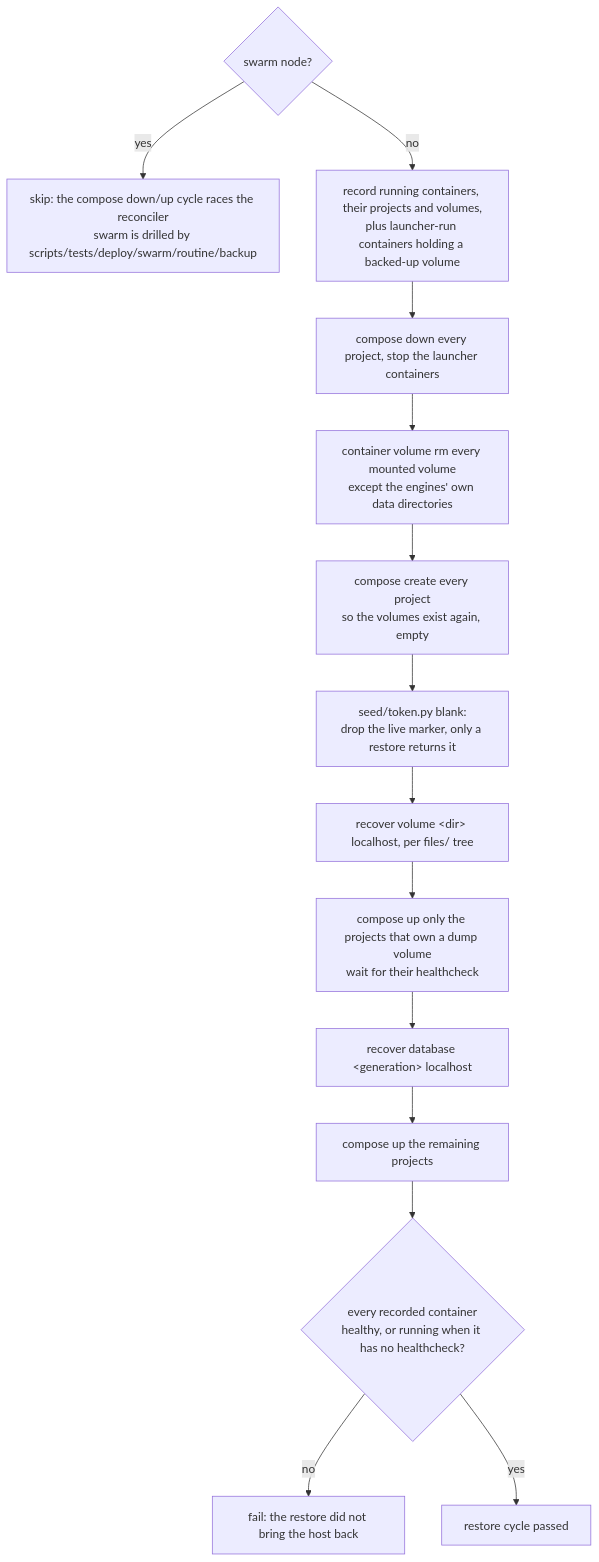
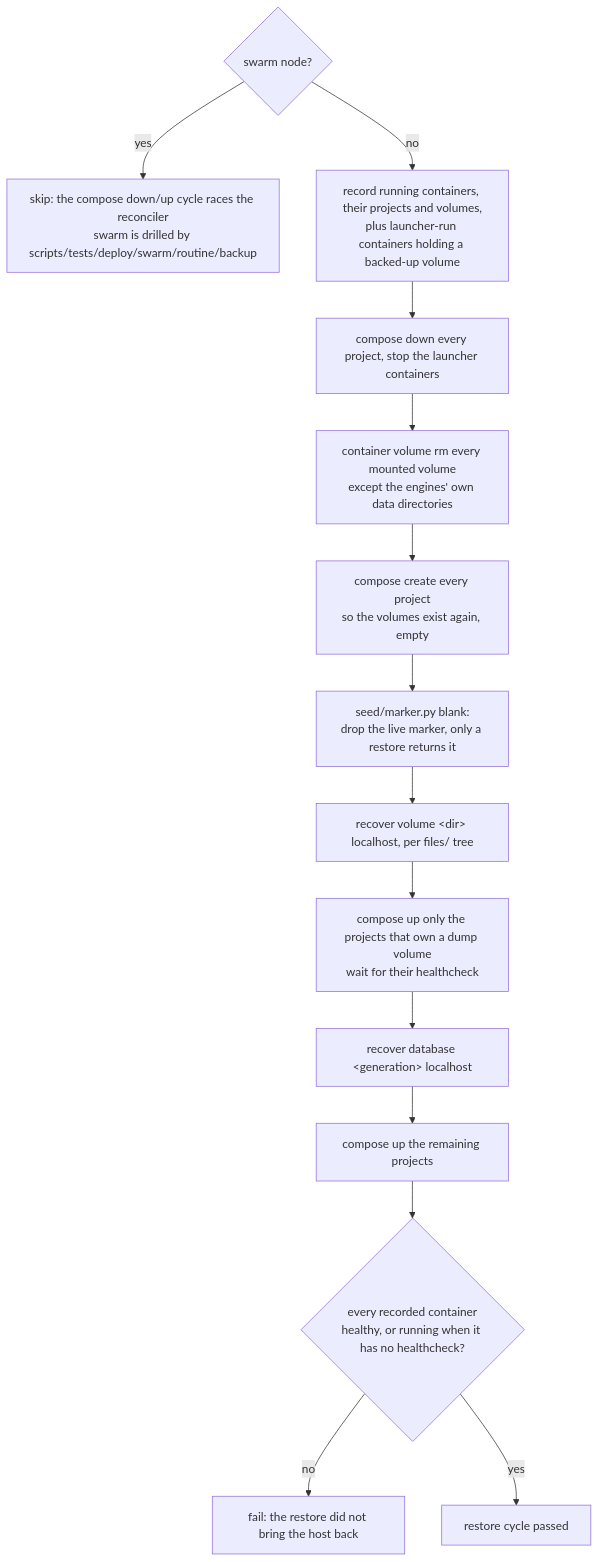
The fourth of 4 diagrams in roles/svc-bkp-volume-2-local/files/test/README.md (AlejandroRomanIbanez/infinito-nexus), drawn with Mermaid before and after one commit. The commit also changed other lines of this file and 4 other files, not shown here.

First line of the commit message:
fix(svc-bkp-volume-2-local): rename the seed helper off the stdlib's token module

````diff
--- a/roles/svc-bkp-volume-2-local/files/test/README.md
+++ b/roles/svc-bkp-volume-2-local/files/test/README.md
@@ -125,16 +125,16 @@
 ```mermaid
 flowchart TD
     SWARM{"swarm node?"} -->|yes| SK["skip: the compose down/up cycle races the reconciler<br>swarm is drilled by scripts/tests/deploy/swarm/routine/backup"]
     SWARM -->|no| REC["record running containers, their projects and volumes,<br>plus launcher-run containers holding a backed-up volume"]
     REC --> DOWN["compose down every project, stop the launcher containers"]
     DOWN --> RM["container volume rm every mounted volume<br>except the engines' own data directories"]
     RM --> CREATE["compose create every project<br>so the volumes exist again, empty"]
-    CREATE --> BLANK["seed/token.py blank:<br>drop the live marker, only a restore returns it"]
+    CREATE --> BLANK["seed/marker.py blank:<br>drop the live marker, only a restore returns it"]
     BLANK --> VOL["recover volume &lt;dir&gt; localhost, per files/ tree"]
     VOL --> DBUP["compose up only the projects that own a dump volume<br>wait for their healthcheck"]
     DBUP --> DB["recover database &lt;generation&gt; localhost"]
     DB --> UP["compose up the remaining projects"]
     UP --> HEALTH{"every recorded container<br>healthy, or running when it has no healthcheck?"}
     HEALTH -->|no| FAIL["fail: the restore did not bring the host back"]
     HEALTH -->|yes| DONE["restore cycle passed"]
 ```
````
